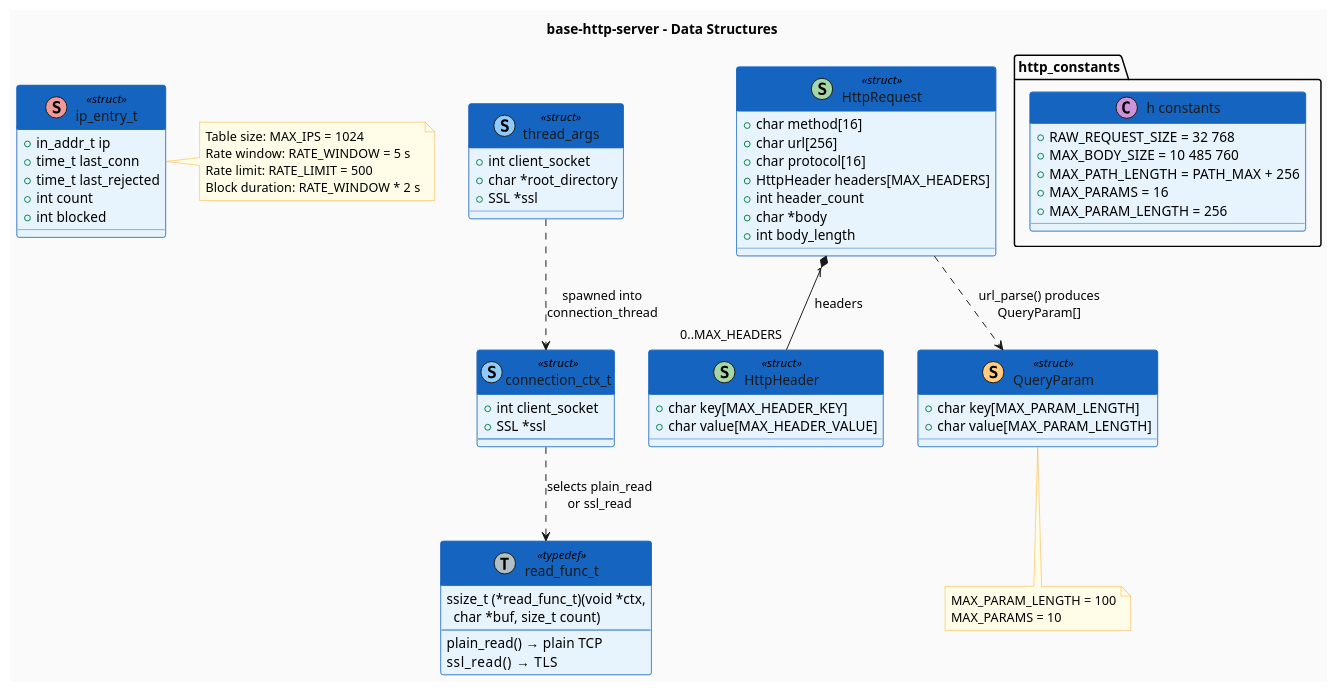
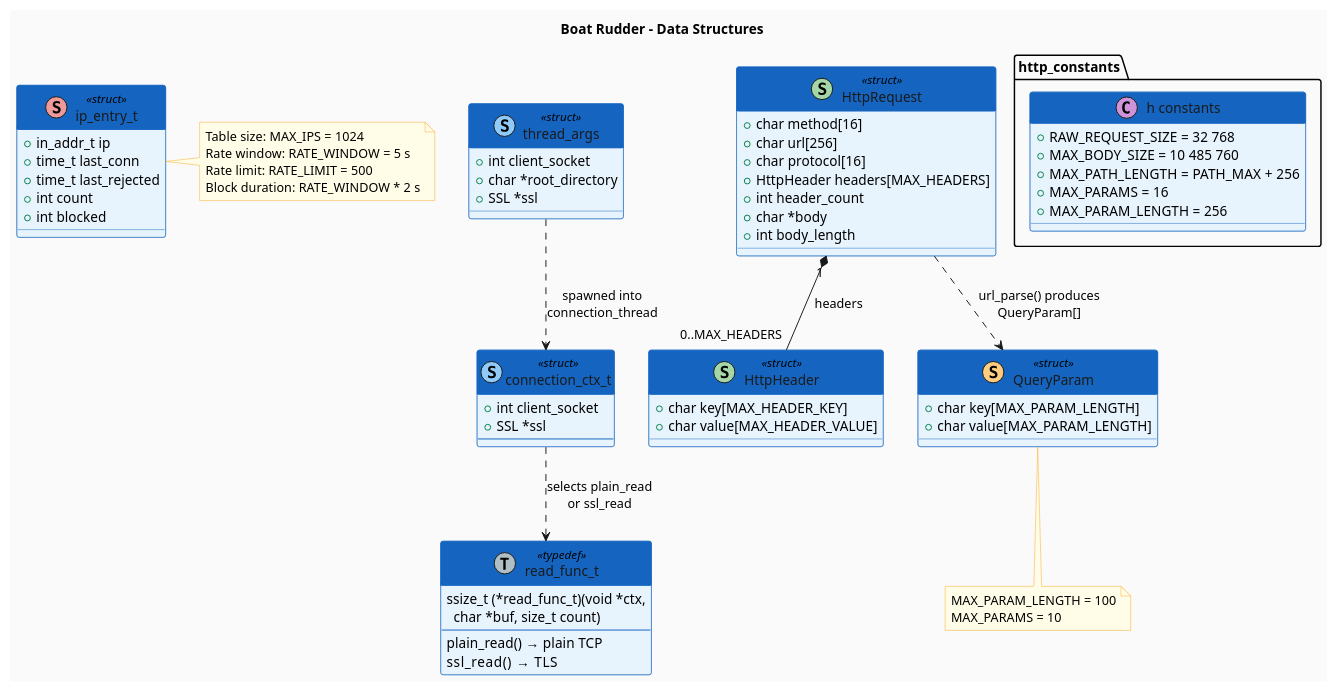
The diagram in develop_docs/diagrams/class-structures.puml (jpablotoledom/boat-rudder), drawn with PlantUML before and after one commit. The commit also changed 109 other files, not shown here.

```diff
--- a/develop_docs/diagrams/class-structures.puml
+++ b/develop_docs/diagrams/class-structures.puml
@@ -1,118 +1,118 @@
 @startuml class-structures
 
-title base-http-server - Data Structures
+title Boat Rudder - Data Structures
 
 skinparam backgroundColor #FAFAFA
 skinparam class {
     BackgroundColor #E8F4FD
     BorderColor #1565C0
     HeaderBackgroundColor #1565C0
     HeaderFontColor #FFFFFF
     FontColor #1A1A1A
 }
 skinparam note {
     BackgroundColor #FFFDE7
     BorderColor #F9A825
 }
 
 ' -----------------------------------------------------------------
 ' connection.h
 ' -----------------------------------------------------------------
 class connection_ctx_t << (S,#90CAF9) struct >> {
     + int client_socket
     + SSL *ssl
     --
     ' ssl == NULL → plain TCP
     ' ssl != NULL → TLS session
 }
 
 ' -----------------------------------------------------------------
 ' connection_thread.h
 ' -----------------------------------------------------------------
 class thread_args << (S,#90CAF9) struct >> {
     + int client_socket
     + char *root_directory
     + SSL *ssl
 }
 
 ' -----------------------------------------------------------------
 ' http_request_parser.h
 ' -----------------------------------------------------------------
 class HttpHeader << (S,#A5D6A7) struct >> {
     + char key[MAX_HEADER_KEY]
     + char value[MAX_HEADER_VALUE]
 }
 
 class HttpRequest << (S,#A5D6A7) struct >> {
     + char method[16]
     + char url[256]
     + char protocol[16]
     + HttpHeader headers[MAX_HEADERS]
     + int header_count
     + char *body
     + int body_length
 }
 
 HttpRequest "1" *-- "0..MAX_HEADERS" HttpHeader : headers
 
 ' -----------------------------------------------------------------
 ' web_server/utils/url_parser.h
 ' -----------------------------------------------------------------
 class QueryParam << (S,#FFCC80) struct >> {
     + char key[MAX_PARAM_LENGTH]
     + char value[MAX_PARAM_LENGTH]
 }
 
 note bottom of QueryParam
   MAX_PARAM_LENGTH = 100
   MAX_PARAMS = 10
 end note
 
 ' -----------------------------------------------------------------
 ' server_listener.c (internal)
 ' -----------------------------------------------------------------
 class ip_entry_t << (S,#EF9A9A) struct >> {
     + in_addr_t ip
     + time_t last_conn
     + time_t last_rejected
     + int count
     + int blocked
 }
 
 note right of ip_entry_t
   Table size: MAX_IPS = 1024
   Rate window: RATE_WINDOW = 5 s
   Rate limit: RATE_LIMIT = 500
   Block duration: RATE_WINDOW * 2 s
 end note
 
 ' -----------------------------------------------------------------
 ' Constants (web_server/http_constants.h)
 ' -----------------------------------------------------------------
 class "http_constants.h constants" << (C,#CE93D8) >> {
     + RAW_REQUEST_SIZE = 32 768
     + MAX_BODY_SIZE = 10 485 760
     + MAX_PATH_LENGTH = PATH_MAX + 256
     + MAX_PARAMS = 16
     + MAX_PARAM_LENGTH = 256
 }
 
 ' -----------------------------------------------------------------
 ' Functional type alias
 ' -----------------------------------------------------------------
 class "read_func_t" << (T,#B0BEC5) typedef >> {
     ssize_t (*read_func_t)(void *ctx,\n  char *buf, size_t count)
     --
     plain_read()  → plain TCP
     ssl_read()    → TLS
 }
 
 ' -----------------------------------------------------------------
 ' Relationships
 ' -----------------------------------------------------------------
 thread_args ..> connection_ctx_t : spawned into\nconnection_thread
 connection_ctx_t ..> "read_func_t" : selects plain_read\nor ssl_read
 
 HttpRequest ..> QueryParam : url_parse() produces\nQueryParam[]
 
 @enduml
```
